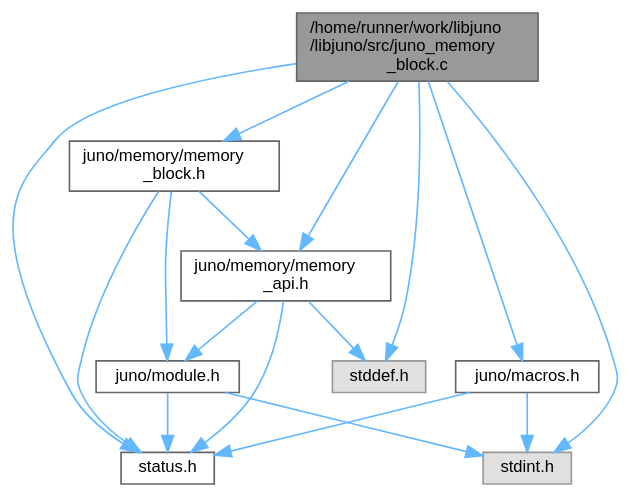
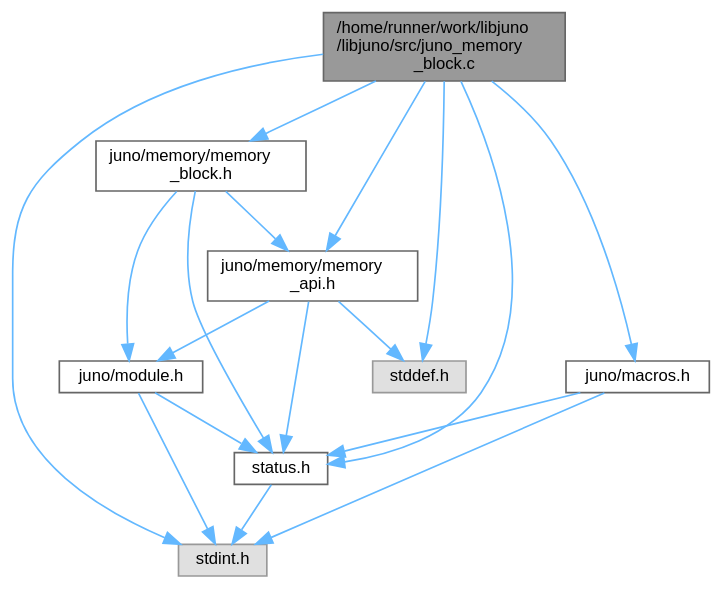
Before and after one commit to robinonsay/libjuno: the diagram in juno__memory__block_8c__incl.dot, drawn with Graphviz. The commit also changed 259 other files, not shown here.

```diff
--- a/juno__memory__block_8c__incl.dot
+++ b/juno__memory__block_8c__incl.dot
@@ -1,31 +1,32 @@
 digraph "/home/runner/work/libjuno/libjuno/src/juno_memory_block.c"
 {
  // LATEX_PDF_SIZE
   bgcolor="transparent";
   edge [fontname=Helvetica,fontsize=10,labelfontname=Helvetica,labelfontsize=10];
   node [fontname=Helvetica,fontsize=10,shape=box,height=0.2,width=0.4];
   Node1 [id="Node000001",label="/home/runner/work/libjuno\l/libjuno/src/juno_memory\l_block.c",height=0.2,width=0.4,color="gray40", fillcolor="grey60", style="filled", fontcolor="black",tooltip=" "];
   Node1 -> Node2 [id="edge1_Node000001_Node000002",color="steelblue1",style="solid",tooltip=" "];
   Node2 [id="Node000002",label="juno/memory/memory\l_block.h",height=0.2,width=0.4,color="grey40", fillcolor="white", style="filled",URL="$memory__block_8h.html",tooltip=" "];
   Node2 -> Node3 [id="edge2_Node000002_Node000003",color="steelblue1",style="solid",tooltip=" "];
   Node3 [id="Node000003",label="juno/module.h",height=0.2,width=0.4,color="grey40", fillcolor="white", style="filled",URL="$module_8h.html",tooltip=" "];
   Node3 -> Node4 [id="edge3_Node000003_Node000004",color="steelblue1",style="solid",tooltip=" "];
   Node4 [id="Node000004",label="status.h",height=0.2,width=0.4,color="grey40", fillcolor="white", style="filled",URL="$status_8h.html",tooltip=" "];
-  Node3 -> Node5 [id="edge4_Node000003_Node000005",color="steelblue1",style="solid",tooltip=" "];
+  Node4 -> Node5 [id="edge4_Node000004_Node000005",color="steelblue1",style="solid",tooltip=" "];
   Node5 [id="Node000005",label="stdint.h",height=0.2,width=0.4,color="grey60", fillcolor="#E0E0E0", style="filled",tooltip=" "];
-  Node2 -> Node4 [id="edge5_Node000002_Node000004",color="steelblue1",style="solid",tooltip=" "];
-  Node2 -> Node6 [id="edge6_Node000002_Node000006",color="steelblue1",style="solid",tooltip=" "];
+  Node3 -> Node5 [id="edge5_Node000003_Node000005",color="steelblue1",style="solid",tooltip=" "];
+  Node2 -> Node4 [id="edge6_Node000002_Node000004",color="steelblue1",style="solid",tooltip=" "];
+  Node2 -> Node6 [id="edge7_Node000002_Node000006",color="steelblue1",style="solid",tooltip=" "];
   Node6 [id="Node000006",label="juno/memory/memory\l_api.h",height=0.2,width=0.4,color="grey40", fillcolor="white", style="filled",URL="$memory__api_8h.html",tooltip=" "];
-  Node6 -> Node4 [id="edge7_Node000006_Node000004",color="steelblue1",style="solid",tooltip=" "];
-  Node6 -> Node3 [id="edge8_Node000006_Node000003",color="steelblue1",style="solid",tooltip=" "];
-  Node6 -> Node7 [id="edge9_Node000006_Node000007",color="steelblue1",style="solid",tooltip=" "];
+  Node6 -> Node4 [id="edge8_Node000006_Node000004",color="steelblue1",style="solid",tooltip=" "];
+  Node6 -> Node3 [id="edge9_Node000006_Node000003",color="steelblue1",style="solid",tooltip=" "];
+  Node6 -> Node7 [id="edge10_Node000006_Node000007",color="steelblue1",style="solid",tooltip=" "];
   Node7 [id="Node000007",label="stddef.h",height=0.2,width=0.4,color="grey60", fillcolor="#E0E0E0", style="filled",tooltip=" "];
-  Node1 -> Node8 [id="edge10_Node000001_Node000008",color="steelblue1",style="solid",tooltip=" "];
+  Node1 -> Node8 [id="edge11_Node000001_Node000008",color="steelblue1",style="solid",tooltip=" "];
   Node8 [id="Node000008",label="juno/macros.h",height=0.2,width=0.4,color="grey40", fillcolor="white", style="filled",URL="$macros_8h.html",tooltip=" "];
-  Node8 -> Node4 [id="edge11_Node000008_Node000004",color="steelblue1",style="solid",tooltip=" "];
-  Node8 -> Node5 [id="edge12_Node000008_Node000005",color="steelblue1",style="solid",tooltip=" "];
-  Node1 -> Node4 [id="edge13_Node000001_Node000004",color="steelblue1",style="solid",tooltip=" "];
-  Node1 -> Node6 [id="edge14_Node000001_Node000006",color="steelblue1",style="solid",tooltip=" "];
-  Node1 -> Node7 [id="edge15_Node000001_Node000007",color="steelblue1",style="solid",tooltip=" "];
-  Node1 -> Node5 [id="edge16_Node000001_Node000005",color="steelblue1",style="solid",tooltip=" "];
+  Node8 -> Node4 [id="edge12_Node000008_Node000004",color="steelblue1",style="solid",tooltip=" "];
+  Node8 -> Node5 [id="edge13_Node000008_Node000005",color="steelblue1",style="solid",tooltip=" "];
+  Node1 -> Node4 [id="edge14_Node000001_Node000004",color="steelblue1",style="solid",tooltip=" "];
+  Node1 -> Node6 [id="edge15_Node000001_Node000006",color="steelblue1",style="solid",tooltip=" "];
+  Node1 -> Node7 [id="edge16_Node000001_Node000007",color="steelblue1",style="solid",tooltip=" "];
+  Node1 -> Node5 [id="edge17_Node000001_Node000005",color="steelblue1",style="solid",tooltip=" "];
 }
```
